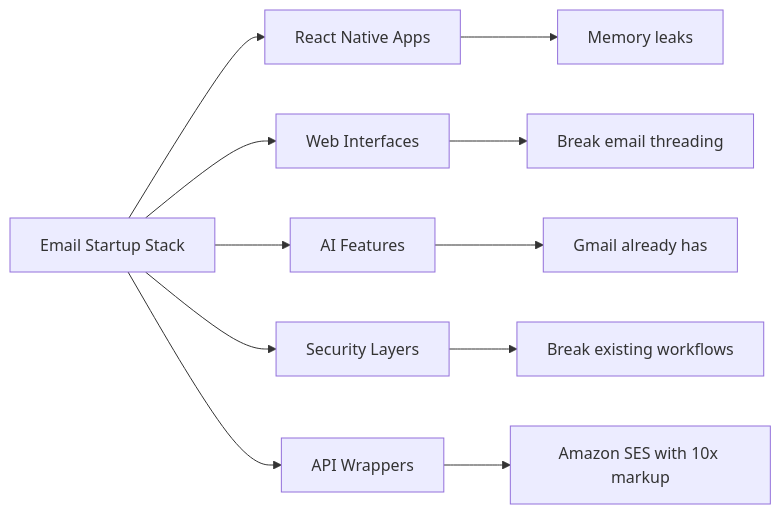
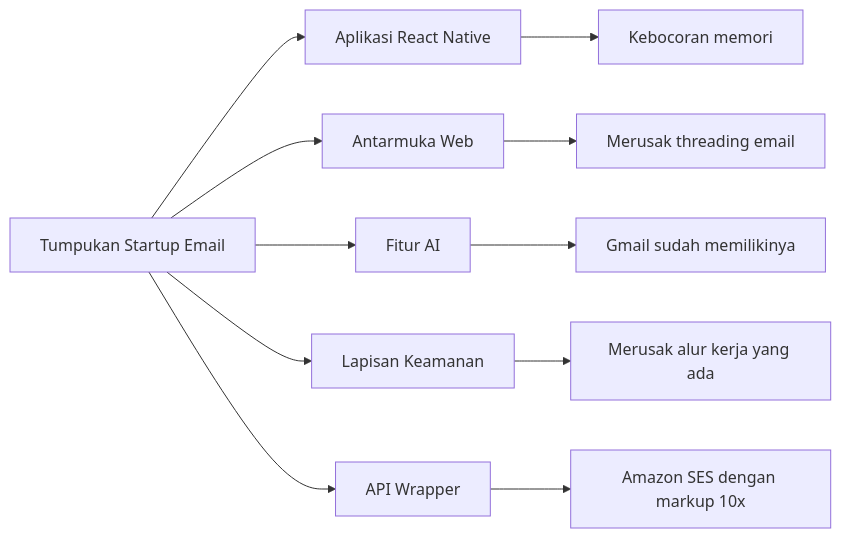
Before and after one commit to forwardemail/forwardemail.net: the second of 10 diagrams in app/views/docs/email-startup-graveyard-why-80-percent-email-companies-fail/index-id.md, drawn with Mermaid. The commit also changed other lines of this file and 1055 other files, not shown here.

````diff
--- a/app/views/docs/email-startup-graveyard-why-80-percent-email-companies-fail/index-id.md
+++ b/app/views/docs/email-startup-graveyard-why-80-percent-email-companies-fail/index-id.md
@@ -144,14 +143,14 @@
 ```mermaid
 graph LR
-    A[Email Startup Stack] --> B[React Native Apps]
-    A --> C[Web Interfaces]
-    A --> D[AI Features]
-    A --> E[Security Layers]
-    A --> F[API Wrappers]
+    A[Tumpukan Startup Email] --> B[Aplikasi React Native]
+    A --> C[Antarmuka Web]
+    A --> D[Fitur AI]
+    A --> E[Lapisan Keamanan]
+    A --> F[API Wrapper]
 
-    B --> G[Memory leaks]
-    C --> H[Break email threading]
-    D --> I[Gmail already has]
-    E --> J[Break existing workflows]
-    F --> K[Amazon SES with 10x markup]
+    B --> G[Kebocoran memori]
+    C --> H[Merusak threading email]
+    D --> I[Gmail sudah memilikinya]
+    E --> J[Merusak alur kerja yang ada]
+    F --> K[Amazon SES dengan markup 10x]
 ```
````
